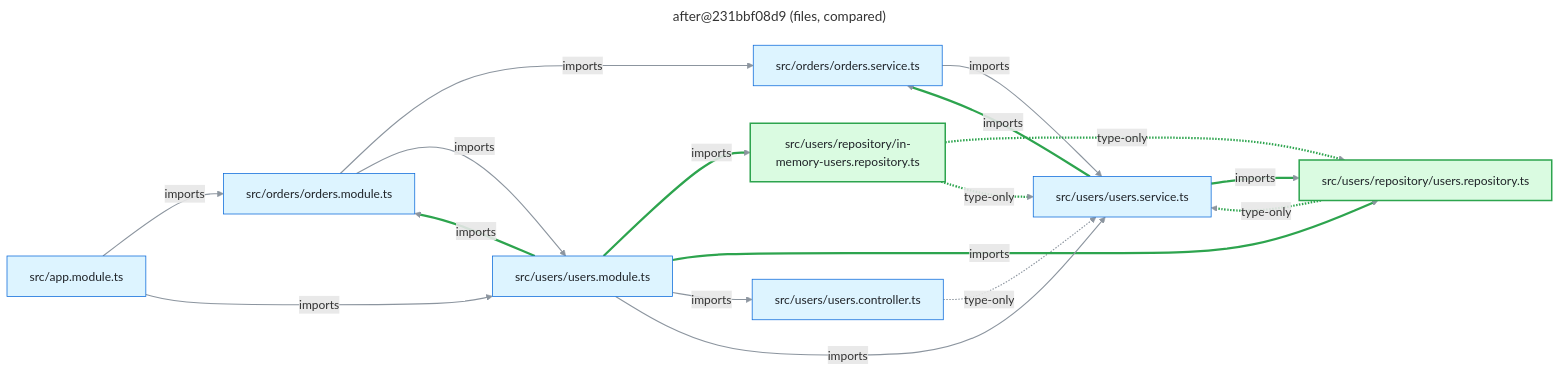
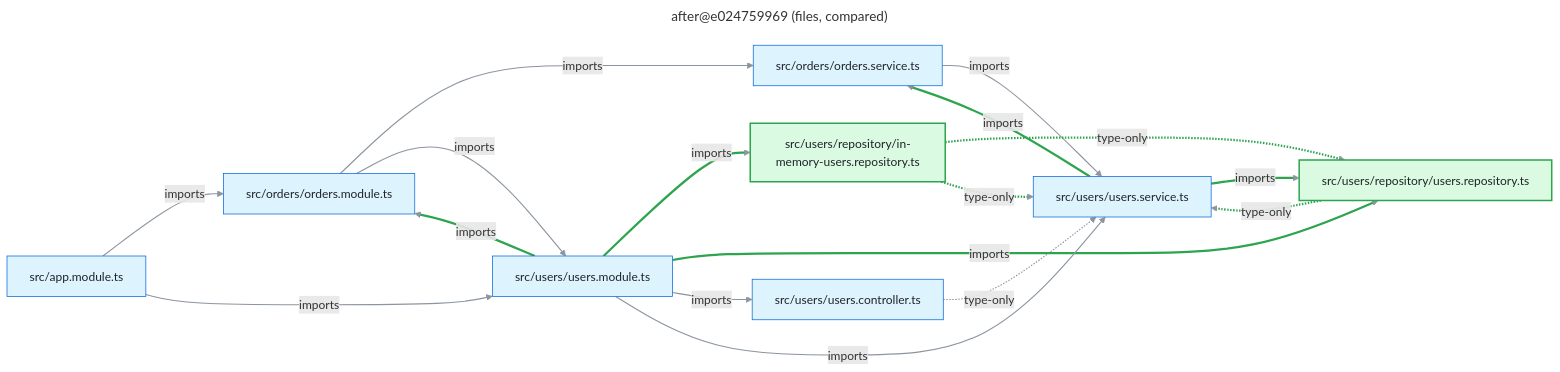
One commit to FullFran/archsieve changed the diagram in examples/nest-shop/files-compare.mmd. Above: the diagram before and after it, drawn with Mermaid. The commit also changed 30 other files, not shown here.

First line of the commit message:
feat(scan): observe units from manifests as container nodes (schema 0.2)

```diff
--- a/examples/nest-shop/files-compare.mmd
+++ b/examples/nest-shop/files-compare.mmd
@@ -1,42 +1,42 @@
 ---
-title: after@231bbf08d9 (files, compared)
+title: after@e024759969 (files, compared)
 ---
 flowchart LR
   n0["src/app.module.ts"]:::code
   n1["src/orders/orders.module.ts"]:::code
   n2["src/orders/orders.service.ts"]:::code
   n3["src/users/repository/in-memory-users.repository.ts"]:::added
   n4["src/users/repository/users.repository.ts"]:::added
   n5["src/users/users.controller.ts"]:::code
   n6["src/users/users.module.ts"]:::code
   n7["src/users/users.service.ts"]:::code
   n0 -->|"imports"| n1
   n0 -->|"imports"| n6
   n1 -->|"imports"| n2
   n1 -->|"imports"| n6
   n2 -->|"imports"| n7
   n3 -.->|"type-only"| n4
   n3 -.->|"type-only"| n7
   n4 -.->|"type-only"| n7
   n5 -.->|"type-only"| n7
   n6 -->|"imports"| n1
   n6 -->|"imports"| n3
   n6 -->|"imports"| n4
   n6 -->|"imports"| n5
   n6 -->|"imports"| n7
   n7 -->|"imports"| n2
   n7 -->|"imports"| n4
   linkStyle default stroke:#8c959f,stroke-width:1.5px
   linkStyle 5 stroke:#2da44e,stroke-width:3px
   linkStyle 6 stroke:#2da44e,stroke-width:3px
   linkStyle 7 stroke:#2da44e,stroke-width:3px
   linkStyle 9 stroke:#2da44e,stroke-width:3px
   linkStyle 10 stroke:#2da44e,stroke-width:3px
   linkStyle 11 stroke:#2da44e,stroke-width:3px
   linkStyle 14 stroke:#2da44e,stroke-width:3px
   linkStyle 15 stroke:#2da44e,stroke-width:3px
   classDef code fill:#ddf4ff,stroke:#0969da,color:#1f2328
   classDef external fill:#fff8c5,stroke:#9a6700,color:#1f2328
   classDef module fill:#fbefff,stroke:#8250df,color:#1f2328
   classDef added fill:#dafbe1,stroke:#2da44e,stroke-width:2px,color:#1f2328
   classDef removed fill:#ffebe9,stroke:#cf222e,stroke-dasharray:4 3,color:#1f2328
```
